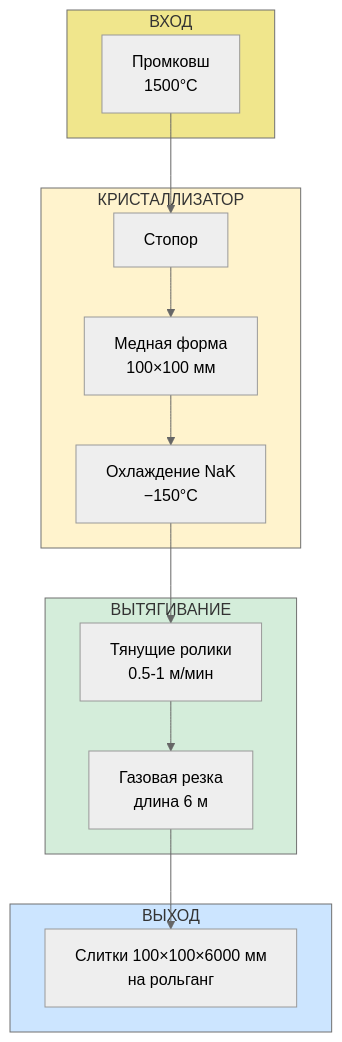
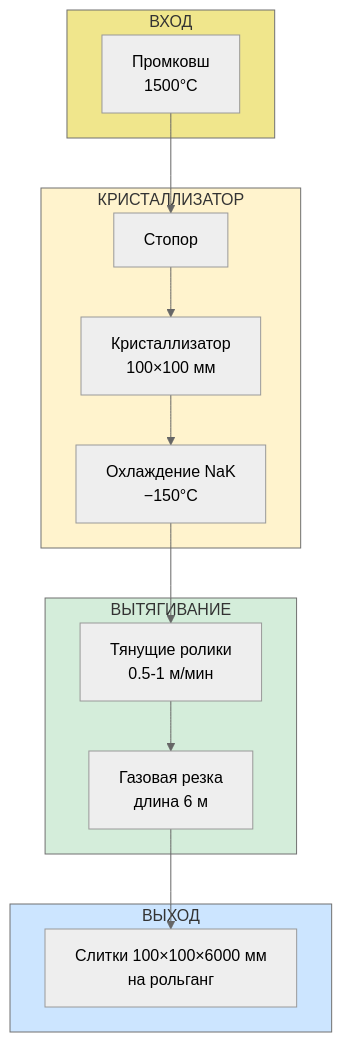
The diagram in ru/science/detailed/production/factories/elements/casting.qmd (DmitryNasikanov/infinite-energy), drawn with Mermaid (neutral theme) before and after one commit. The commit also changed other lines of this file and 71 other files, not shown here.

````diff
--- a/ru/science/detailed/production/factories/elements/casting.qmd
+++ b/ru/science/detailed/production/factories/elements/casting.qmd
@@ -23,33 +23,33 @@
 ```{mermaid}
 flowchart TD
     subgraph INPUT["ВХОД"]
         TUNDISH["Промковш<br/>1500°C"]
     end
 
     subgraph CRYSTALLIZER["КРИСТАЛЛИЗАТОР"]
         STOPPER["Стопор"]
-        MOLD["Медная форма<br/>100×100 мм"]
+        MOLD["Кристаллизатор<br/>100×100 мм"]
         COOLING["Охлаждение NaK<br/>−150°C"]
     end
 
     subgraph PULLING["ВЫТЯГИВАНИЕ"]
         ROLLERS["Тянущие ролики<br/>0.5-1 м/мин"]
         CUTTING["Газовая резка<br/>длина 6 м"]
     end
 
     subgraph OUTPUT["ВЫХОД"]
         BILLETS["Слитки 100×100×6000 мм<br/>на рольганг"]
     end
 
     TUNDISH --> STOPPER
     STOPPER --> MOLD
     MOLD --> COOLING
     COOLING --> ROLLERS
     ROLLERS --> CUTTING
     CUTTING --> BILLETS
 
     style INPUT fill:#f0e68c
     style CRYSTALLIZER fill:#fff3cd
     style PULLING fill:#d4edda
     style OUTPUT fill:#cce5ff
 ```
````
